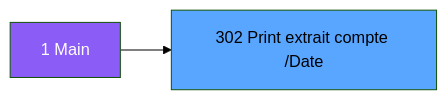
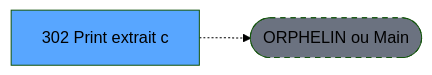
Before and after one commit to thonyAGP/lecteur-magic: the second of 3 diagrams in .openspec/renders/ADH-IDE-302.md, drawn with Mermaid (forest theme). The commit also changed other lines of this file and 701 other files, not shown here.

````diff
--- a/.openspec/renders/ADH-IDE-302.md
+++ b/.openspec/renders/ADH-IDE-302.md
@@ -116,8 +120,8 @@
 ```mermaid
 graph LR
-    M[1 Main]
-    T[302 Print extrait compte /Date]
-    M --> T
-    style M fill:#8b5cf6,color:#fff
+    T[302 Print extrait c]
+    ORPHAN([ORPHELIN ou Main])
+    T -.-> ORPHAN
     style T fill:#58a6ff,color:#000
+    style ORPHAN fill:#6b7280,stroke-dasharray: 5 5
 ```
````
